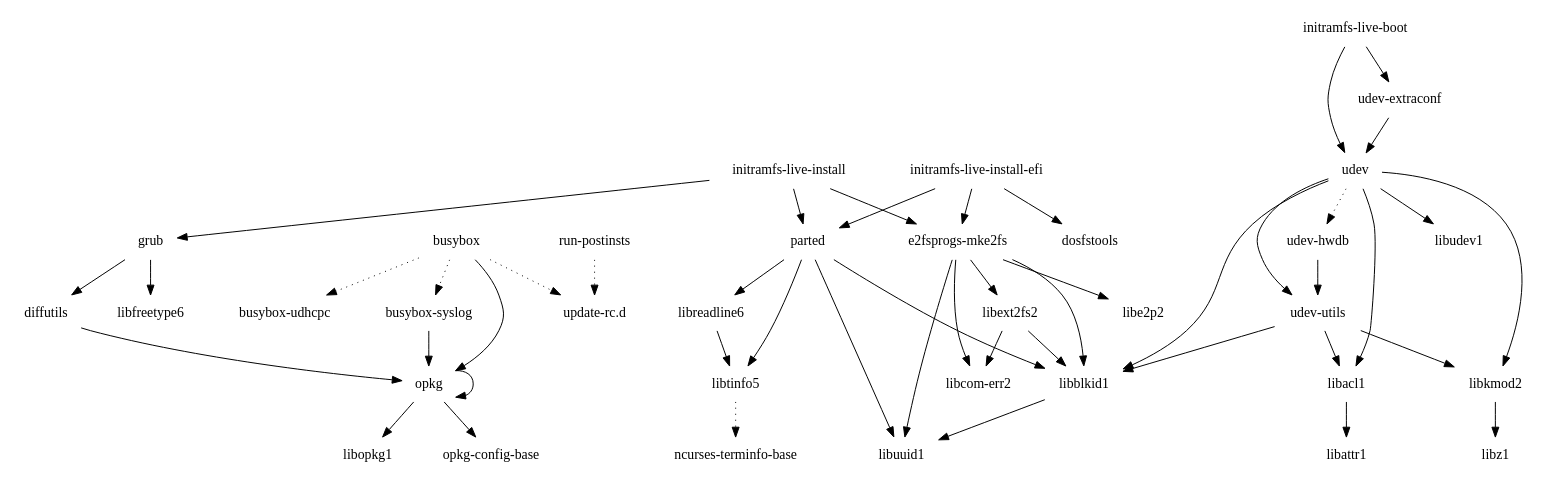
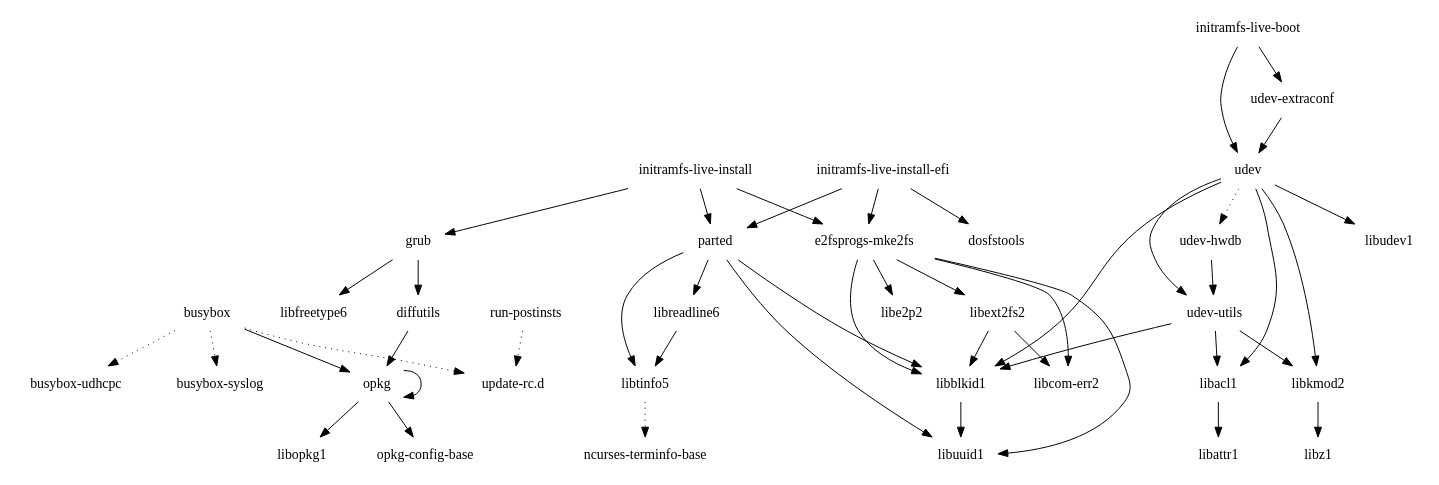
Before and after one commit to Angstrom-distribution/buildhistory: the diagram in images/fri2/eglibc/core-image-minimal-initramfs/depends-nokernel-nolibc.dot, drawn with Graphviz. The commit also changed 21 other files, not shown here.

```diff
--- a/images/fri2/eglibc/core-image-minimal-initramfs/depends-nokernel-nolibc.dot
+++ b/images/fri2/eglibc/core-image-minimal-initramfs/depends-nokernel-nolibc.dot
@@ -1,50 +1,49 @@
 digraph depends {
     node [shape=plaintext]
 "busybox" -> "busybox-syslog" [style=dotted];
 "busybox" -> "busybox-udhcpc" [style=dotted];
 "busybox" -> "opkg";
 "busybox" -> "update-rc.d" [style=dotted];
-"busybox-syslog" -> "opkg";
 "diffutils" -> "opkg";
 "e2fsprogs-mke2fs" -> "libblkid1";
 "e2fsprogs-mke2fs" -> "libcom-err2";
 "e2fsprogs-mke2fs" -> "libe2p2";
 "e2fsprogs-mke2fs" -> "libext2fs2";
 "e2fsprogs-mke2fs" -> "libuuid1";
 "grub" -> "diffutils";
 "grub" -> "libfreetype6";
 "initramfs-live-boot" -> "udev";
 "initramfs-live-boot" -> "udev-extraconf";
 "initramfs-live-install" -> "e2fsprogs-mke2fs";
 "initramfs-live-install" -> "grub";
 "initramfs-live-install" -> "parted";
 "initramfs-live-install-efi" -> "dosfstools";
 "initramfs-live-install-efi" -> "e2fsprogs-mke2fs";
 "initramfs-live-install-efi" -> "parted";
 "libacl1" -> "libattr1";
 "libblkid1" -> "libuuid1";
 "libext2fs2" -> "libblkid1";
 "libext2fs2" -> "libcom-err2";
 "libkmod2" -> "libz1";
 "libreadline6" -> "libtinfo5";
 "libtinfo5" -> "ncurses-terminfo-base" [style=dotted];
 "opkg" -> "libopkg1";
 "opkg" -> "opkg";
 "opkg" -> "opkg-config-base";
 "parted" -> "libblkid1";
 "parted" -> "libreadline6";
 "parted" -> "libtinfo5";
 "parted" -> "libuuid1";
 "run-postinsts" -> "update-rc.d" [style=dotted];
 "udev" -> "libacl1";
 "udev" -> "libblkid1";
 "udev" -> "libkmod2";
 "udev" -> "libudev1";
 "udev" -> "udev-hwdb" [style=dotted];
 "udev" -> "udev-utils";
 "udev-extraconf" -> "udev";
 "udev-hwdb" -> "udev-utils";
 "udev-utils" -> "libacl1";
 "udev-utils" -> "libblkid1";
 "udev-utils" -> "libkmod2";
 }
```
